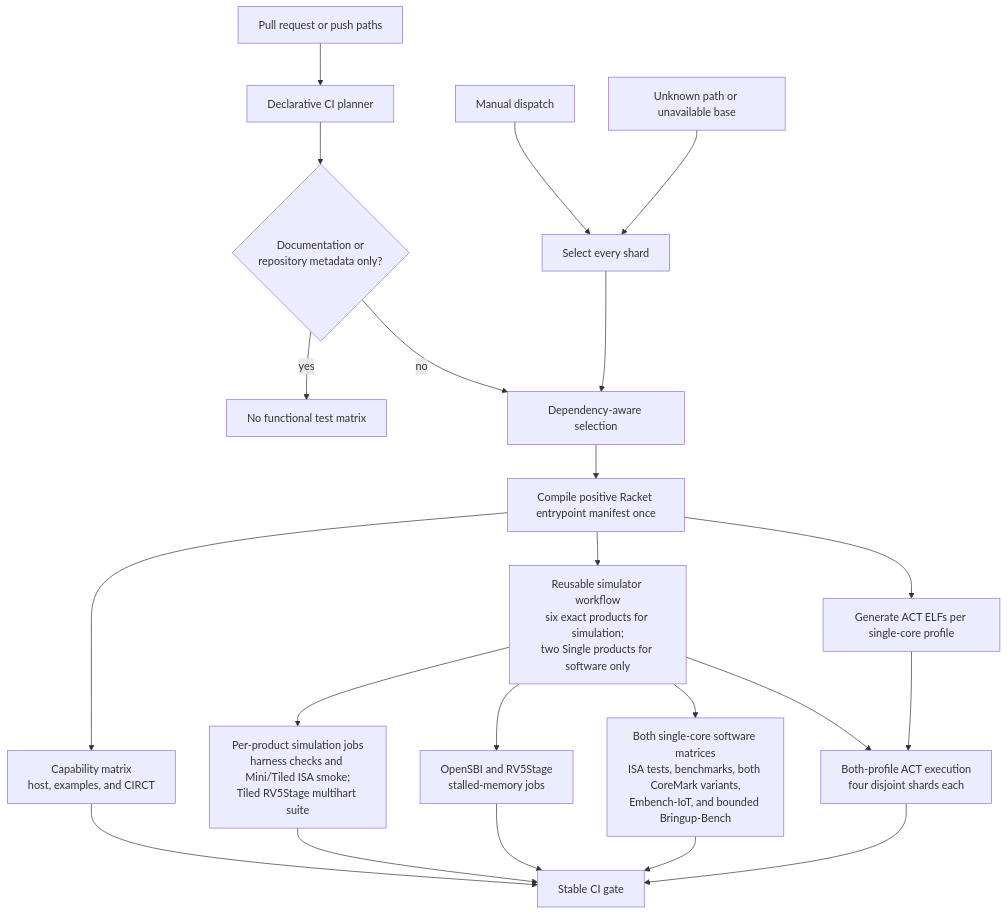
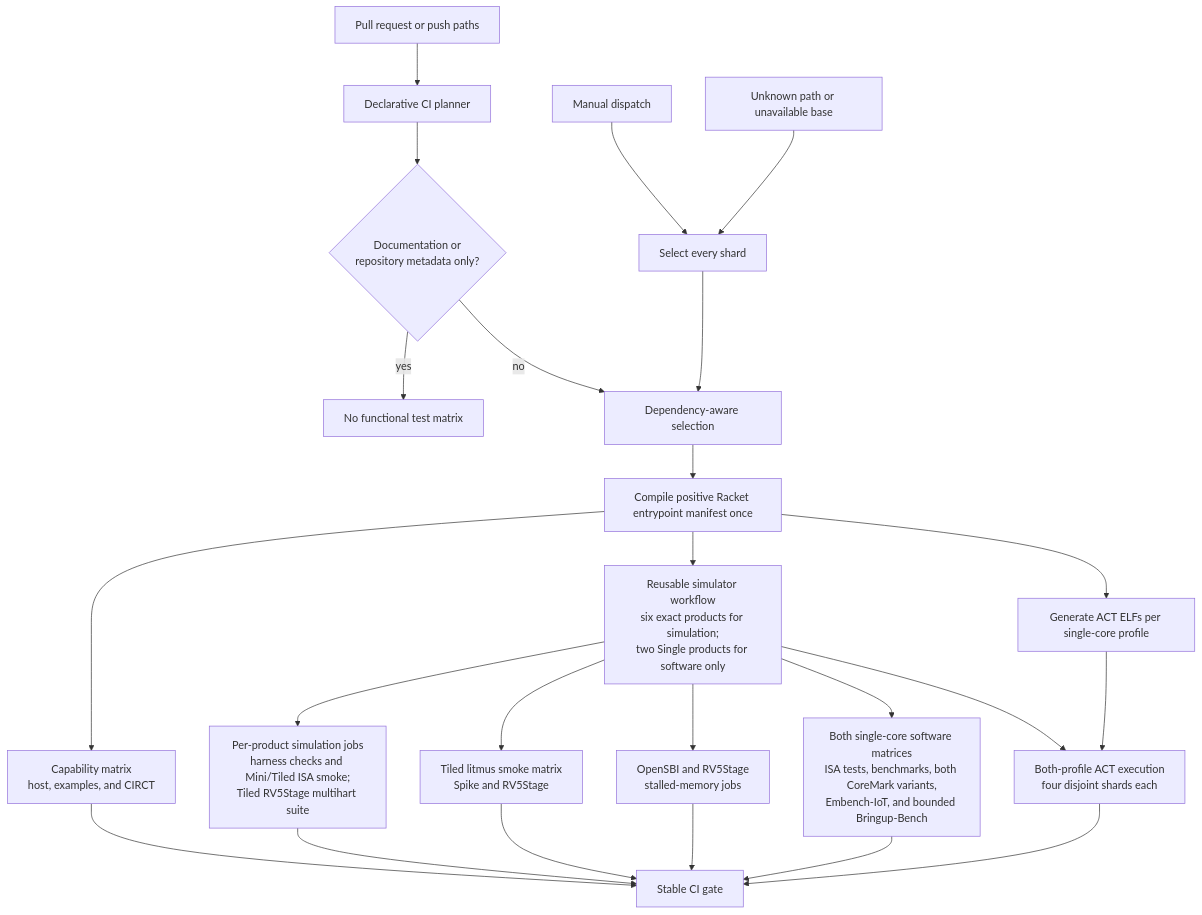
The diagram in tools/testing/DEVELOPING.md (jerryz123/rhodium), drawn with Mermaid before and after one commit. The commit also changed other lines of this file and 26 other files, not shown here.

````diff
--- a/tools/testing/DEVELOPING.md
+++ b/tools/testing/DEVELOPING.md
@@ -90,24 +90,26 @@
 ```mermaid
 flowchart TD
     Changes["Pull request or push paths"] --> Classifier["Declarative CI planner"]
     Manual["Manual dispatch"] --> All["Select every shard"]
     Unknown["Unknown path or unavailable base"] --> All
     Classifier --> Docs{"Documentation or<br/>repository metadata only?"}
     Docs -->|yes| None["No functional test matrix"]
     Docs -->|no| Selected["Dependency-aware selection"]
     All --> Selected
     Selected --> Compile["Compile positive Racket entrypoint manifest once"]
     Compile --> Checks["Capability matrix<br/>host, examples, and CIRCT"]
     Compile --> Simulators["Reusable simulator workflow<br/>six exact products for simulation;<br/>two Single products for software only"]
     Simulators --> Simulation["Per-product simulation jobs<br/>harness checks and Mini/Tiled ISA smoke;<br/>Tiled RV5Stage multihart suite"]
+    Simulators --> LitmusSmoke["Tiled litmus smoke matrix<br/>Spike and RV5Stage"]
     Simulators --> Qualification["OpenSBI and RV5Stage<br/>stalled-memory jobs"]
     Simulators --> Programs["Both single-core software matrices<br/>ISA tests, benchmarks, both CoreMark variants,<br/>Embench-IoT, and bounded Bringup-Bench"]
     Compile --> ActBuild["Generate ACT ELFs per single-core profile"]
     Simulators --> ActRun["Both-profile ACT execution<br/>four disjoint shards each"]
     ActBuild --> ActRun
     Checks --> Gate["Stable CI gate"]
     Simulation --> Gate
+    LitmusSmoke --> Gate
     Qualification --> Gate
     Programs --> Gate
     ActRun --> Gate
 ```
````
